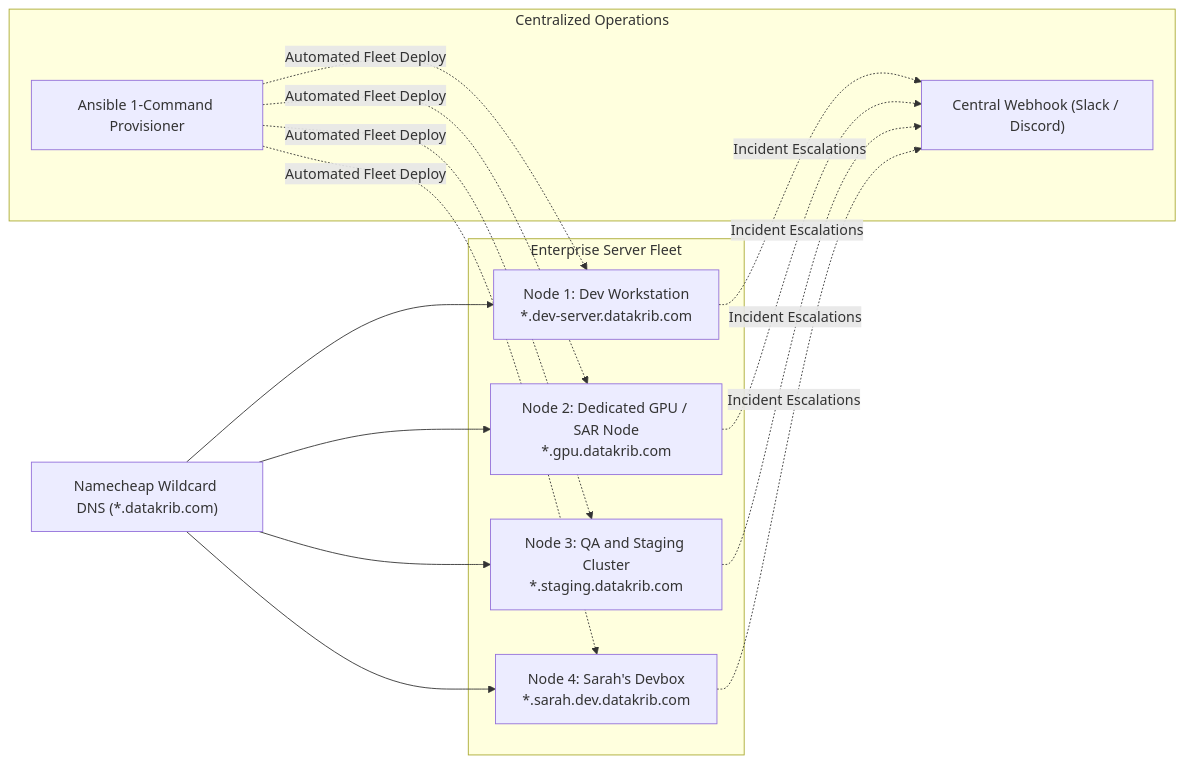
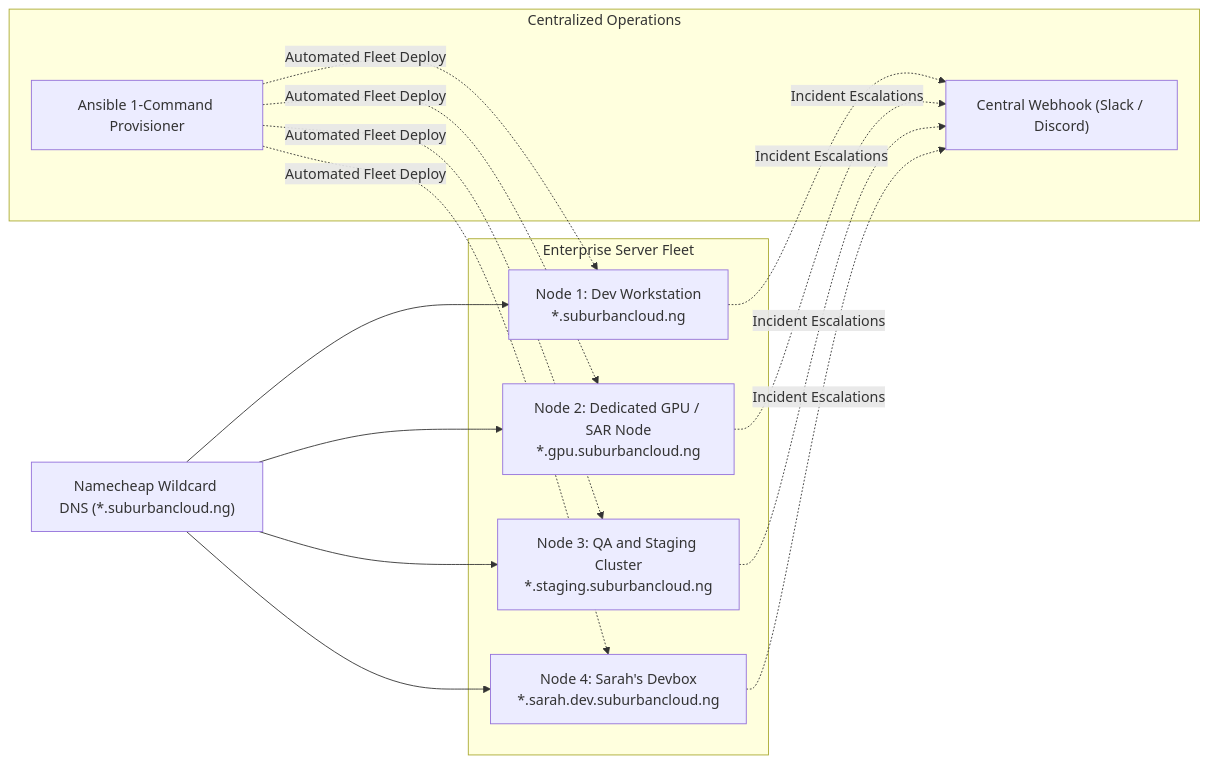
One commit to Unlimited-demi/happy-galileo changed the third of 4 diagrams in docs/EXECUTIVE_PROPOSAL.md. Above: the diagram before and after it, drawn with Mermaid. The commit also changed other lines of this file and 28 other files, not shown here.

Commit message:
fix(chatops,domains): instant deterministic SRE dispatch in ChatOps, eliminate all datakrib traces, enforce suburbancloud.ng

````diff
--- a/docs/EXECUTIVE_PROPOSAL.md
+++ b/docs/EXECUTIVE_PROPOSAL.md
@@ -106,20 +106,20 @@
 ```mermaid
 flowchart LR
-    DNS["Namecheap Wildcard DNS (*.datakrib.com)"]
+    DNS["Namecheap Wildcard DNS (*.suburbancloud.ng)"]
 
     subgraph FleetNodes["Enterprise Server Fleet"]
-        Node1["Node 1: Dev Workstation<br/>*.dev-server.datakrib.com"]
-        NodeGPU["Node 2: Dedicated GPU / SAR Node<br/>*.gpu.datakrib.com"]
-        NodeStaging["Node 3: QA and Staging Cluster<br/>*.staging.datakrib.com"]
-        NodeDevX["Node 4: Sarah's Devbox<br/>*.sarah.dev.datakrib.com"]
+        Node1["Node 1: Dev Workstation<br/>*.suburbancloud.ng"]
+        NodeGPU["Node 2: Dedicated GPU / SAR Node<br/>*.gpu.suburbancloud.ng"]
+        NodeStaging["Node 3: QA and Staging Cluster<br/>*.staging.suburbancloud.ng"]
+        NodeDevX["Node 4: Sarah's Devbox<br/>*.sarah.dev.suburbancloud.ng"]
     end
 
     subgraph CentralHub["Centralized Operations"]
         Ansible["Ansible 1-Command Provisioner"]
         Alerts["Central Webhook (Slack / Discord)"]
     end
 
     DNS --> Node1 & NodeGPU & NodeStaging & NodeDevX
     Ansible -.->|"Automated Fleet Deploy"| Node1 & NodeGPU & NodeStaging & NodeDevX
     Node1 & NodeGPU & NodeStaging & NodeDevX -.->|"Incident Escalations"| Alerts
 ```
````
